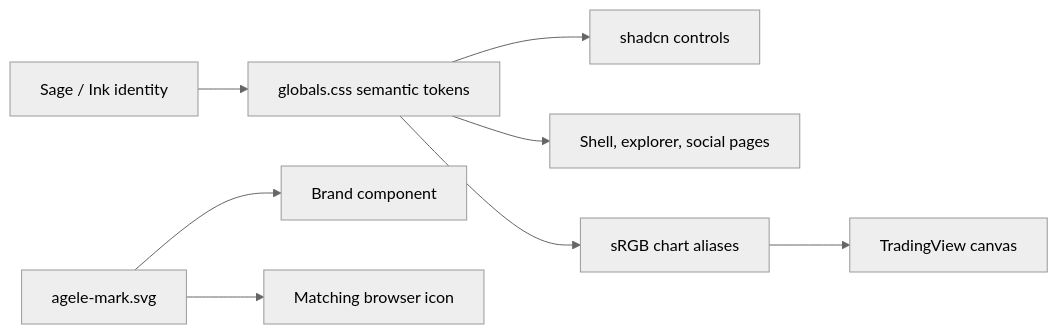
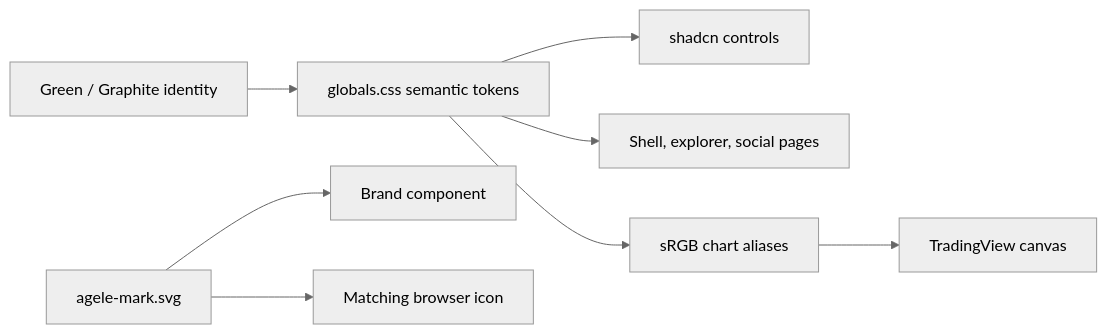
One commit to jog01/agele-web changed the diagram in docs/brand.md. Above: the diagram before and after it, drawn with Mermaid (neutral theme). The commit also changed other lines of this file and 9 other files, not shown here.

````diff
--- a/docs/brand.md
+++ b/docs/brand.md
@@ -28,10 +28,10 @@
 ```mermaid
 flowchart LR
-  BRAND["Sage / Ink identity"] --> CSS["globals.css semantic tokens"]
+  BRAND["Green / Graphite identity"] --> CSS["globals.css semantic tokens"]
   CSS --> SHADCN["shadcn controls"]
   CSS --> SHELL["Shell, explorer, social pages"]
   CSS --> HEX["sRGB chart aliases"]
   HEX --> CANVAS["TradingView canvas"]
   MARK["agele-mark.svg"] --> HEADER["Brand component"]
   MARK --> ICON["Matching browser icon"]
 ```
````
